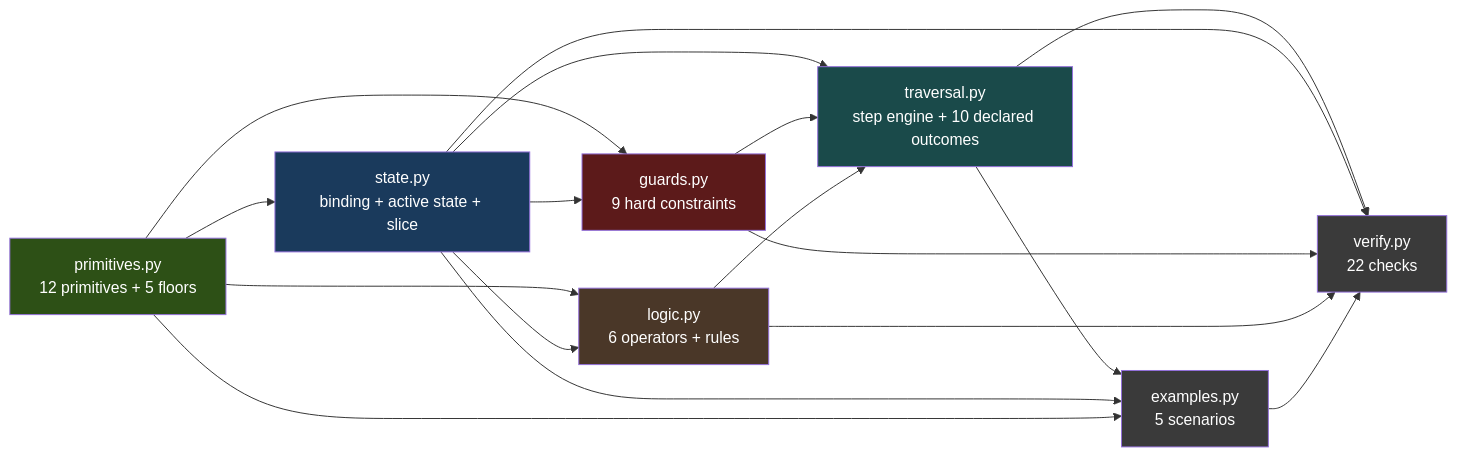
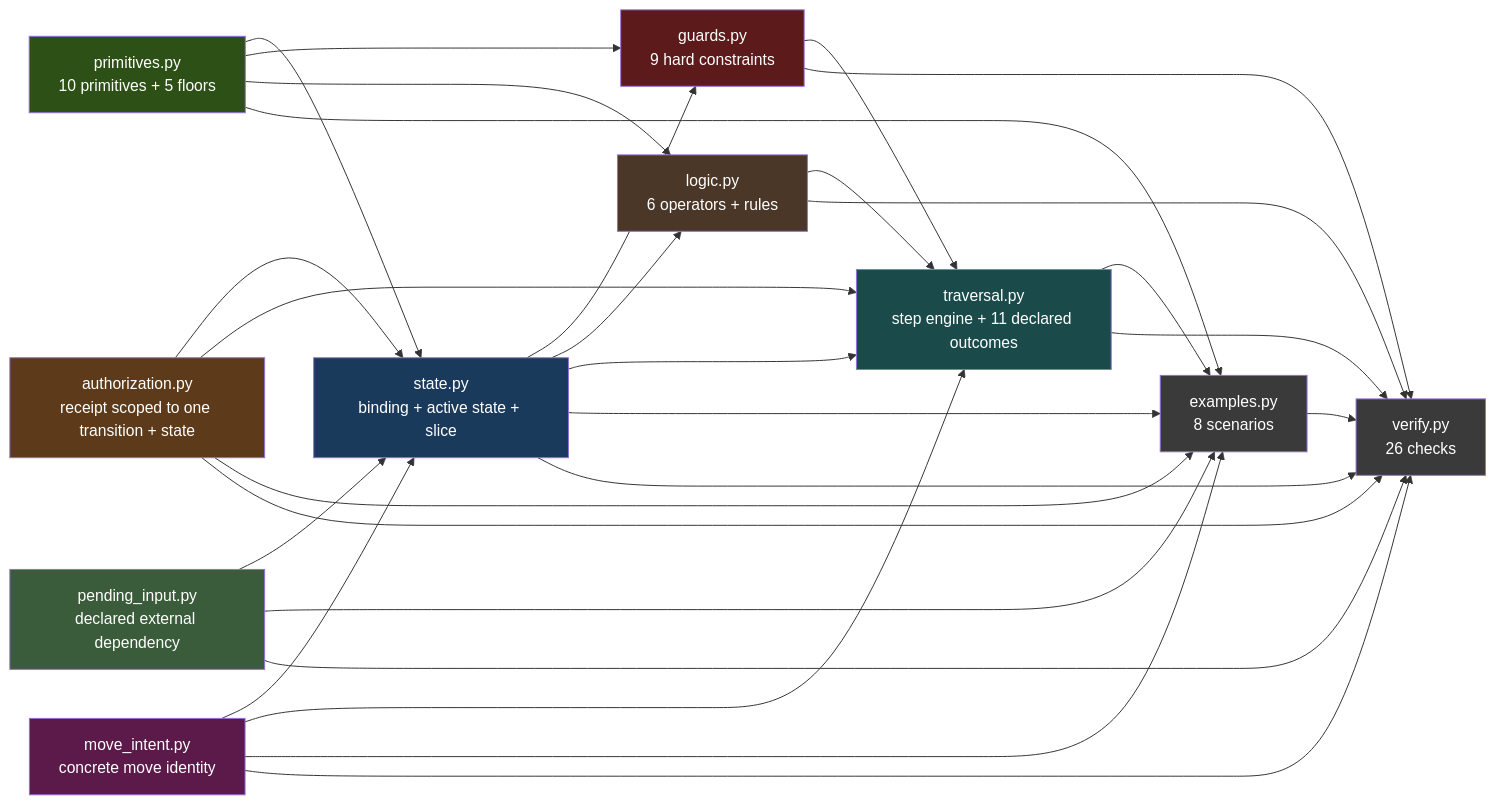
The first of 12 diagrams in ARCHITECTURE.md (igareosh/fpf-agentic-thinking-map), drawn with Mermaid before and after one commit. The commit also changed other lines of this file and 2 other files, not shown here.

````diff
--- a/ARCHITECTURE.md
+++ b/ARCHITECTURE.md
@@ -7,35 +7,52 @@
 ```mermaid
 graph LR
-    P[primitives.py<br/>12 primitives + 5 floors]
+    P[primitives.py<br/>10 primitives + 5 floors]
+    A[authorization.py<br/>receipt scoped to one transition + state]
+    PI[pending_input.py<br/>declared external dependency]
+    MI[move_intent.py<br/>concrete move identity]
     S[state.py<br/>binding + active state + slice]
     G[guards.py<br/>9 hard constraints]
     L[logic.py<br/>6 operators + rules]
-    T[traversal.py<br/>step engine + 10 declared outcomes]
-    E[examples.py<br/>5 scenarios]
-    V[verify.py<br/>22 checks]
+    T[traversal.py<br/>step engine + 11 declared outcomes]
+    E[examples.py<br/>8 scenarios]
+    V[verify.py<br/>26 checks]
 
     P --> S
     P --> G
     P --> L
+    A --> S
+    PI --> S
+    MI --> S
     S --> G
     S --> L
     S --> T
+    A --> T
+    MI --> T
     G --> T
     L --> T
     T --> E
     S --> E
     P --> E
+    A --> E
+    PI --> E
+    MI --> E
     T --> V
     S --> V
     G --> V
     L --> V
+    A --> V
+    PI --> V
+    MI --> V
     E --> V
 
     style P fill:#2d5016,color:#fff
+    style A fill:#5c3a1a,color:#fff
+    style PI fill:#3a5c3a,color:#fff
+    style MI fill:#5c1a4a,color:#fff
     style S fill:#1a3a5c,color:#fff
     style G fill:#5c1a1a,color:#fff
     style L fill:#4a3728,color:#fff
     style T fill:#1a4a4a,color:#fff
     style E fill:#3a3a3a,color:#fff
     style V fill:#3a3a3a,color:#fff
 ```
````
